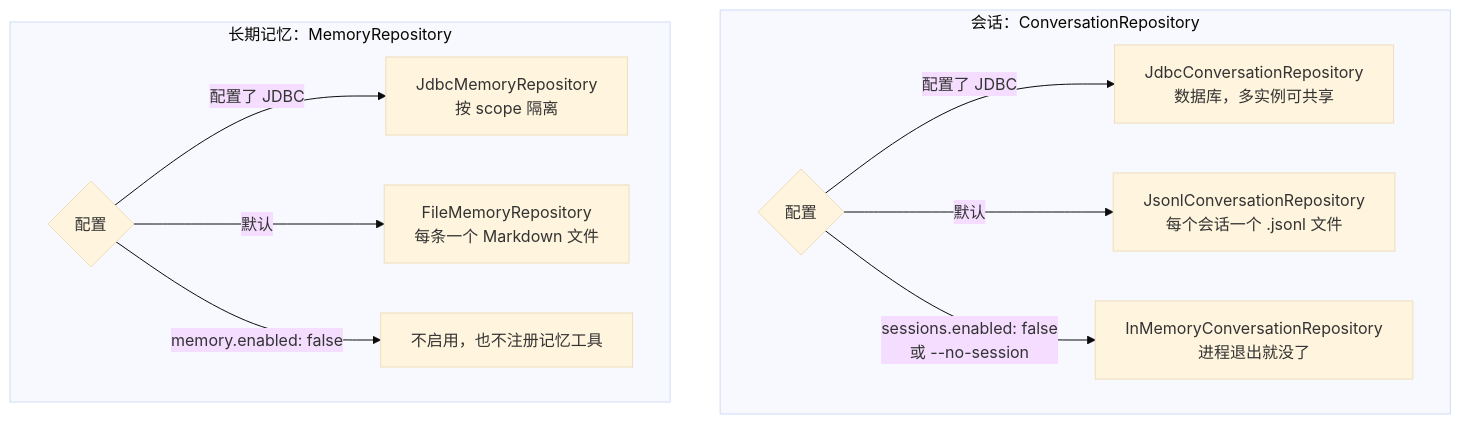
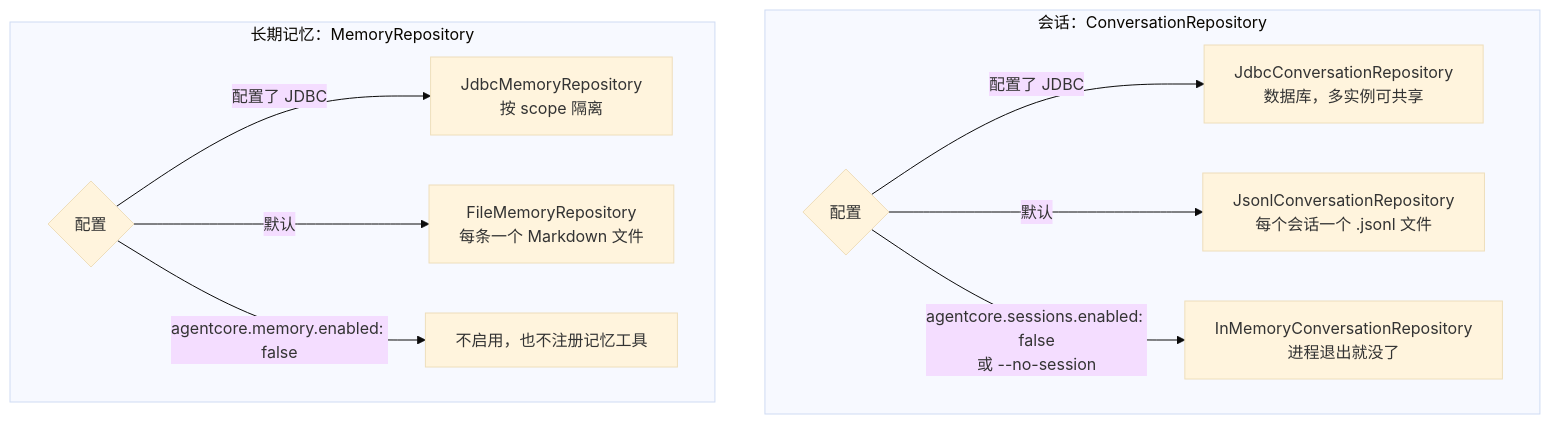
The first of 5 diagrams in docs/06-persistence.md (stackJx/agent-java), drawn with Mermaid (base theme) before and after one commit. The commit also changed other lines of this file and 40 other files, not shown here.

````diff
--- a/docs/06-persistence.md
+++ b/docs/06-persistence.md
@@ -8,15 +8,15 @@
 ```mermaid
 flowchart TD
     subgraph conv["会话：ConversationRepository"]
         c0{"配置"}
         c0 -- "配置了 JDBC" --> c1["JdbcConversationRepository<br/>数据库，多实例可共享"]
         c0 -- "默认" --> c2["JsonlConversationRepository<br/>每个会话一个 .jsonl 文件"]
-        c0 -- "sessions.enabled: false<br/>或 --no-session" --> c3["InMemoryConversationRepository<br/>进程退出就没了"]
+        c0 -- "agentcore.sessions.enabled: false<br/>或 --no-session" --> c3["InMemoryConversationRepository<br/>进程退出就没了"]
     end
     subgraph mem["长期记忆：MemoryRepository"]
         m0{"配置"}
         m0 -- "配置了 JDBC" --> m1["JdbcMemoryRepository<br/>按 scope 隔离"]
         m0 -- "默认" --> m2["FileMemoryRepository<br/>每条一个 Markdown 文件"]
-        m0 -- "memory.enabled: false" --> m3["不启用，也不注册记忆工具"]
+        m0 -- "agentcore.memory.enabled: false" --> m3["不启用，也不注册记忆工具"]
     end
 ```
````
